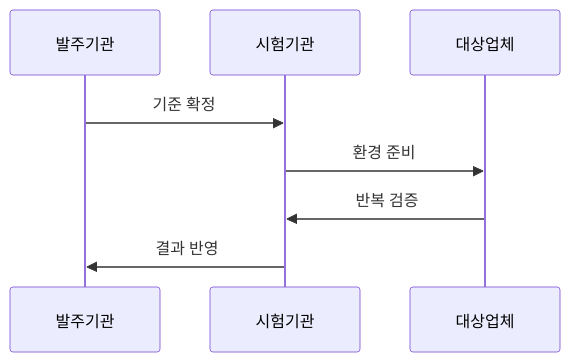
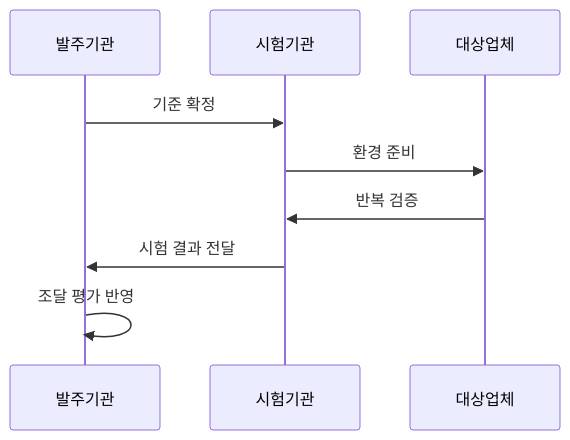
The second of 2 diagrams in src/content/docs/notes/07-law-policy/020_bmt_benchmark_test.md (agnusdei1207/knowledge-base), drawn with Mermaid before and after one commit. The commit also changed other lines of this file and 27 other files, not shown here.

````diff
--- a/src/content/docs/notes/07-law-policy/020_bmt_benchmark_test.md
+++ b/src/content/docs/notes/07-law-policy/020_bmt_benchmark_test.md
@@ -80,10 +80,11 @@
 ```mermaid
 sequenceDiagram
     participant 발주기관
     participant 시험기관
     participant 대상업체
     발주기관->>시험기관: 기준 확정
     시험기관->>대상업체: 환경 준비
     대상업체->>시험기관: 반복 검증
-    시험기관->>발주기관: 결과 반영
+    시험기관->>발주기관: 시험 결과 전달
+    발주기관->>발주기관: 조달 평가 반영
 ```
````
